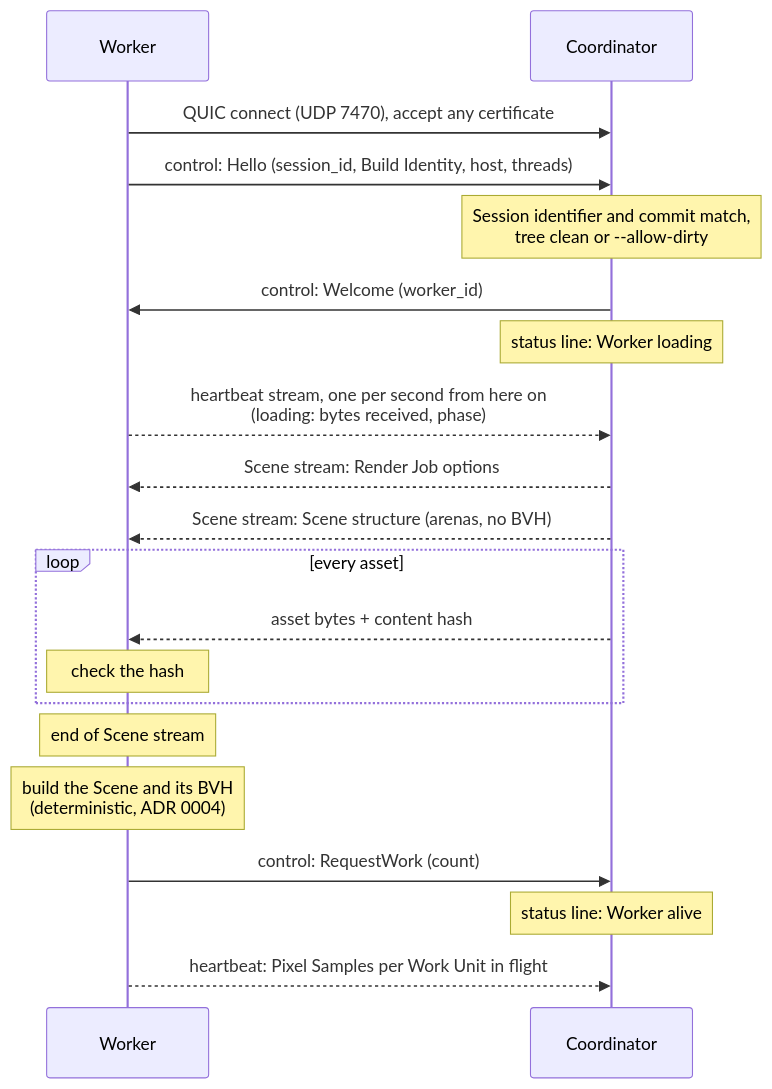
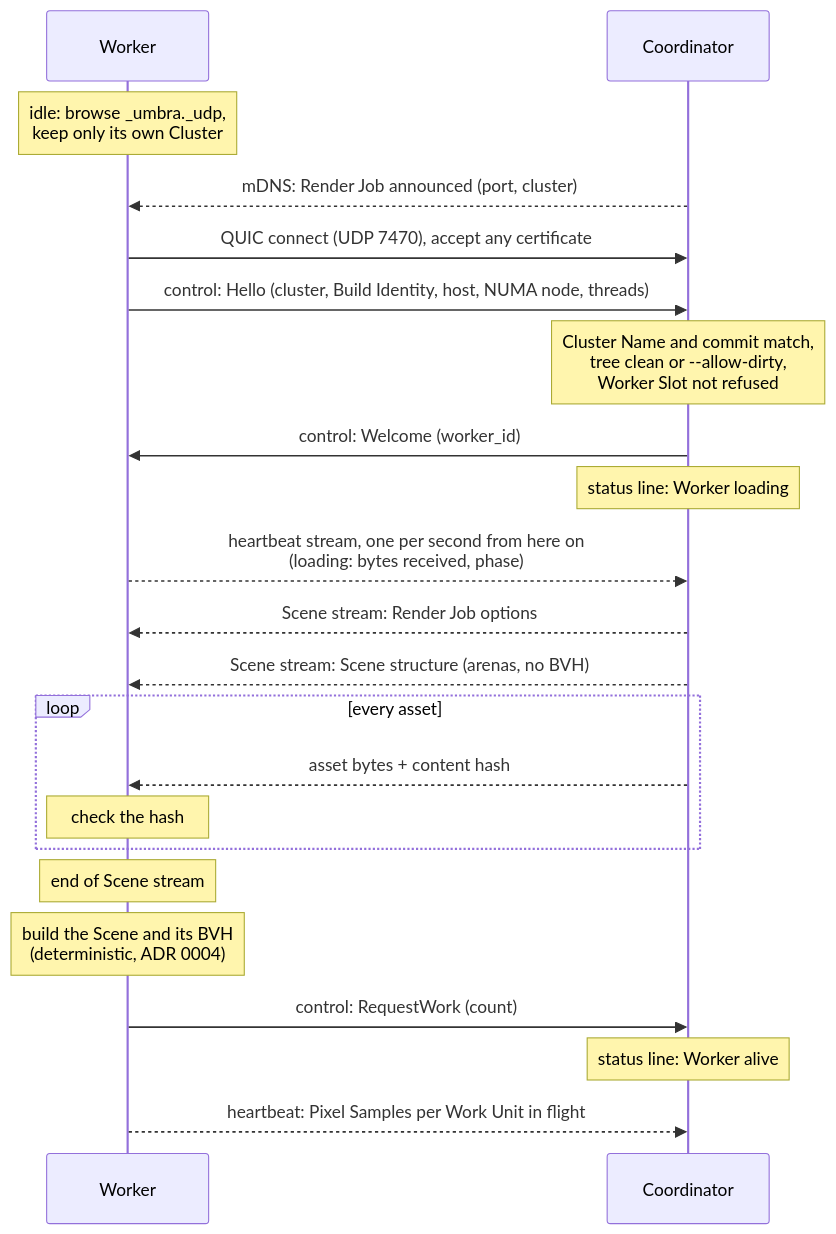
One commit to sergioffpc/umbra changed the first of 6 diagrams in docs/architecture/06-runtime-view.md. Above: the diagram before and after it, drawn with Mermaid. The commit also changed other lines of this file and 17 other files, not shown here.

````diff
--- a/docs/architecture/06-runtime-view.md
+++ b/docs/architecture/06-runtime-view.md
@@ -11,22 +11,24 @@
 ```mermaid
 sequenceDiagram
     participant W as Worker
     participant C as Coordinator
+    Note over W: idle: browse _umbra._udp,<br/>keep only its own Cluster
+    C-->>W: mDNS: Render Job announced (port, cluster)
     W->>C: QUIC connect (UDP 7470), accept any certificate
-    W->>C: control: Hello (session_id, Build Identity, host, threads)
-    Note over C: Session identifier and commit match,<br/>tree clean or --allow-dirty
+    W->>C: control: Hello (cluster, Build Identity, host, NUMA node, threads)
+    Note over C: Cluster Name and commit match,<br/>tree clean or --allow-dirty,<br/>Worker Slot not refused
     C->>W: control: Welcome (worker_id)
     Note over C: status line: Worker loading
     W-->>C: heartbeat stream, one per second from here on<br/>(loading: bytes received, phase)
     C-->>W: Scene stream: Render Job options
     C-->>W: Scene stream: Scene structure (arenas, no BVH)
     loop every asset
         C-->>W: asset bytes + content hash
         Note over W: check the hash
     end
     Note over W: end of Scene stream
     Note over W: build the Scene and its BVH<br/>(deterministic, ADR 0004)
     W->>C: control: RequestWork (count)
     Note over C: status line: Worker alive
     W-->>C: heartbeat: Pixel Samples per Work Unit in flight
 ```
````
